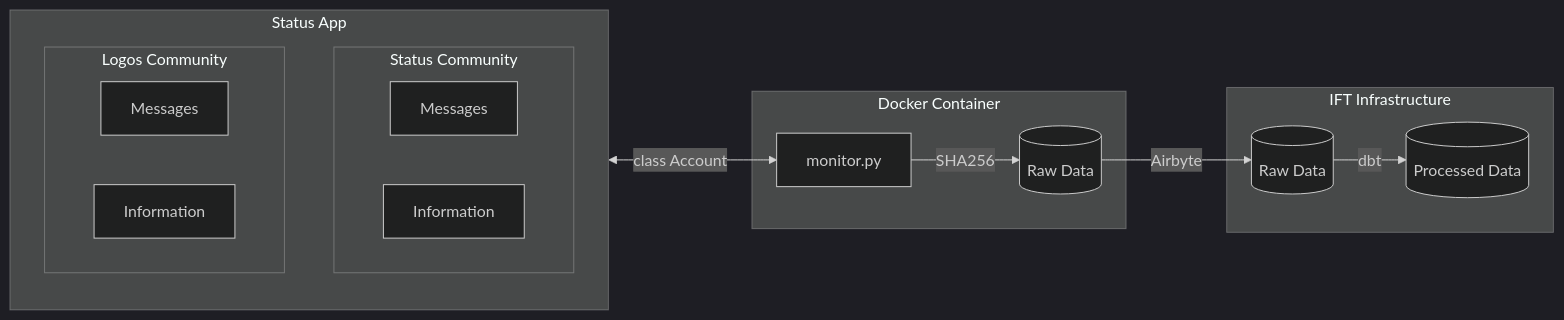
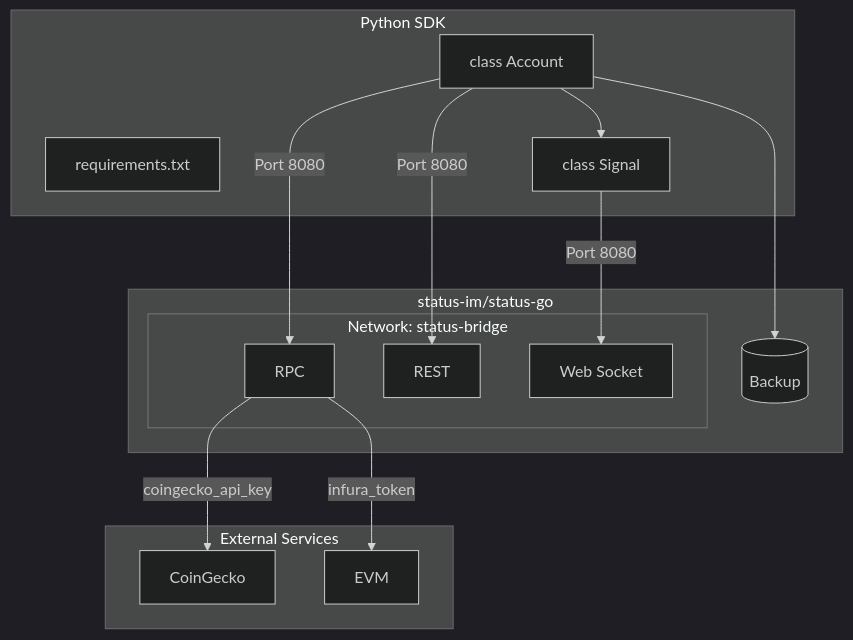
One commit to status-im/status-python-sdk changed the first of 2 diagrams in README.md. Above: the diagram before and after it, drawn with Mermaid (dark theme). The commit also changed other lines of this file and 14 other files, not shown here.

Commit message:
bot: Remove monitor.py

````diff
--- a/README.md
+++ b/README.md
@@ -23,30 +15,31 @@
 ```mermaid
-graph LR
-    subgraph Communities[Status App]
-        subgraph Status[Status Community]
-            StatusMessages[Messages]
-            StatusInfo[Information]
-        end
-        subgraph Logos[Logos Community]
-            LogosMessages[Messages]
-            LogosInfo[Information]
-        end
+graph TB
+   subgraph backend[status-im/status-go]
+       subgraph Endpoints[Network: status-bridge]
+           RPC[RPC]
+           HTTP[REST]
+           SOCKET[Web Socket]
+       end
+       Vol[(Backup)]
+   end
 
+
+   subgraph bot[Python SDK]
+        REQUIREMENTS[requirements.txt]
+        SDK[class Account]
+        SIGNAL[class Signal]
     end
 
-    subgraph Bot[Docker Container]
-        RawDataLocal[(Raw Data)]
-        Script[monitor.py]
+    subgraph external[External Services]
+        COINGECKO[CoinGecko]
+        EVM
     end
 
-    subgraph IFT[IFT Infrastructure]
-        RawDataIFT[(Raw Data)]
-        ProcessedDataIFT[(Processed Data)]
-
-    end
-
-    Communities <--> |class Account| Script
-    Script --> |SHA256| RawDataLocal
-    RawDataLocal --> |Airbyte| RawDataIFT
-    RawDataIFT --> |dbt| ProcessedDataIFT
+   SDK --> SIGNAL
+   SDK --> |Port 8080| RPC
+   SDK --> |Port 8080| HTTP
+   SIGNAL --> |Port 8080| SOCKET
+   SDK --> Vol
+   RPC --> |coingecko_api_key| COINGECKO
+   RPC --> |infura_token| EVM
 ```
````
